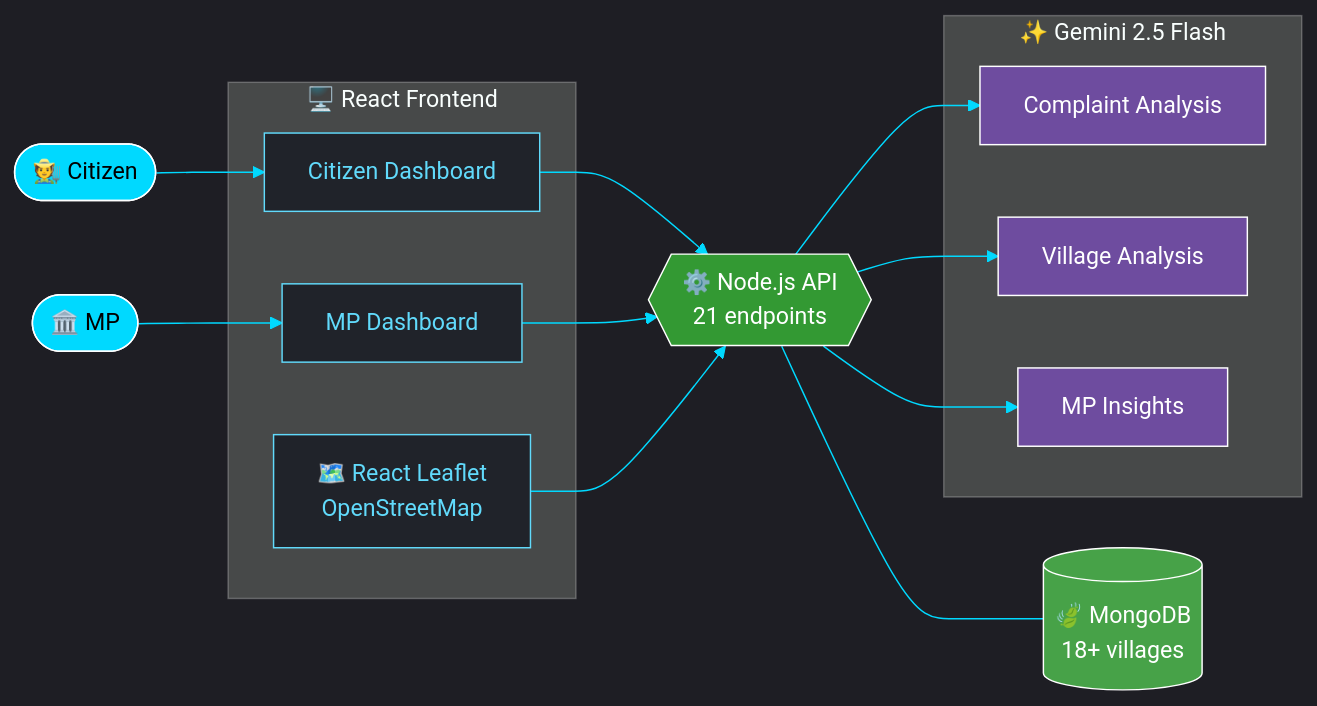
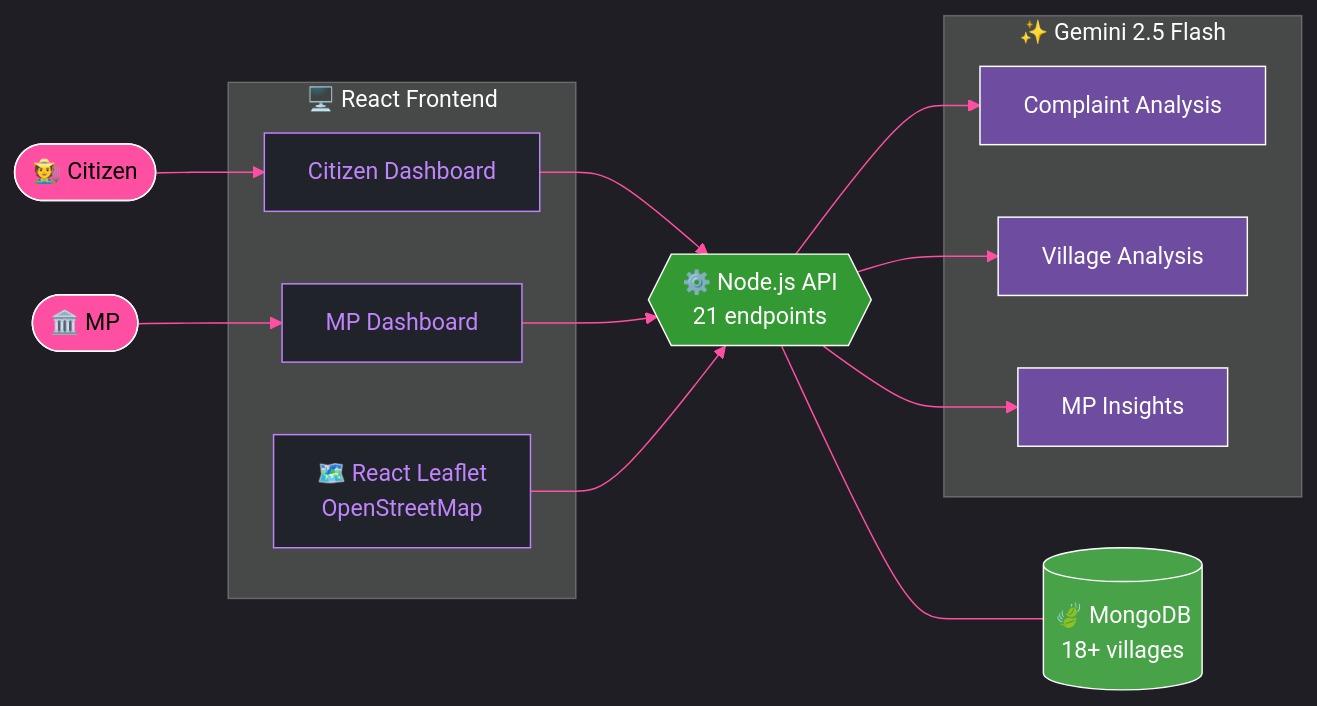
Before and after one commit to Manvendra-2006/Manvendra-2006: the third of 6 diagrams in README.md, drawn with Mermaid. The commit also changed other lines of this file, not shown here.

````diff
--- a/README.md
+++ b/README.md
@@ -223,34 +229,34 @@
 ```mermaid
-%%{init: {'theme':'dark','themeVariables':{'primaryColor':'#0A66C2','lineColor':'#00D9FF','fontFamily':'Fira Code'}}}%%
+%%{init: {'theme':'dark','themeVariables':{'primaryColor':'#7C3AED','lineColor':'#FF4FA3','fontFamily':'Fira Code'}}}%%
 flowchart LR
     C(["🧑‍🌾 Citizen"]):::user
     M(["🏛️ MP"]):::user
 
     subgraph FE ["🖥️ React Frontend"]
         CD["Citizen Dashboard"]:::fe
         MD["MP Dashboard"]:::fe
         MAP["🗺️ React Leaflet<br/>OpenStreetMap"]:::fe
     end
 
     API{{"⚙️ Node.js API<br/>21 endpoints"}}:::api
 
     subgraph AI ["✨ Gemini 2.5 Flash"]
         A1["Complaint Analysis"]:::ai
         A2["Village Analysis"]:::ai
         A3["MP Insights"]:::ai
     end
 
     DB[("🍃 MongoDB<br/>18+ villages")]:::db
 
     C --> CD
     M --> MD
     CD & MD & MAP --> API
     API --> A1 & A2 & A3
     API --- DB
 
-    classDef user fill:#00D9FF,stroke:#fff,color:#000
-    classDef fe fill:#20232A,stroke:#61DAFB,color:#61DAFB
+    classDef user fill:#FF4FA3,stroke:#fff,color:#000
+    classDef fe fill:#20232A,stroke:#C084FC,color:#C084FC
     classDef api fill:#339933,stroke:#fff,color:#fff
     classDef ai fill:#6E4C9F,stroke:#fff,color:#fff
     classDef db fill:#47A248,stroke:#fff,color:#fff
 ```
````
